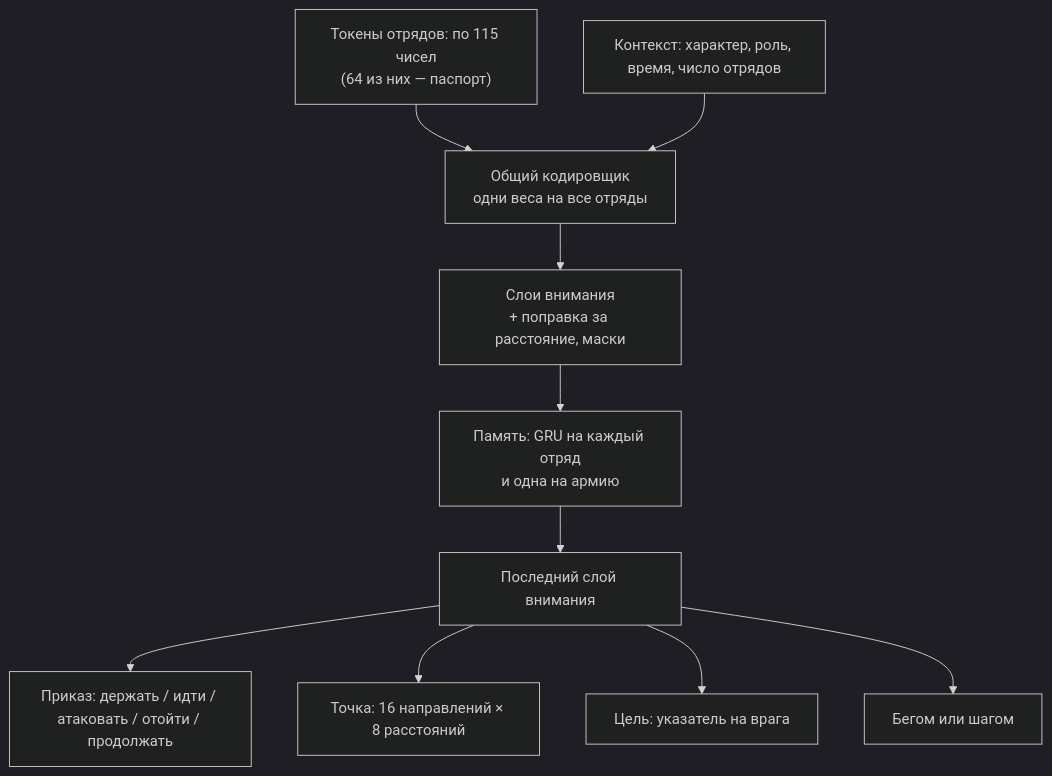
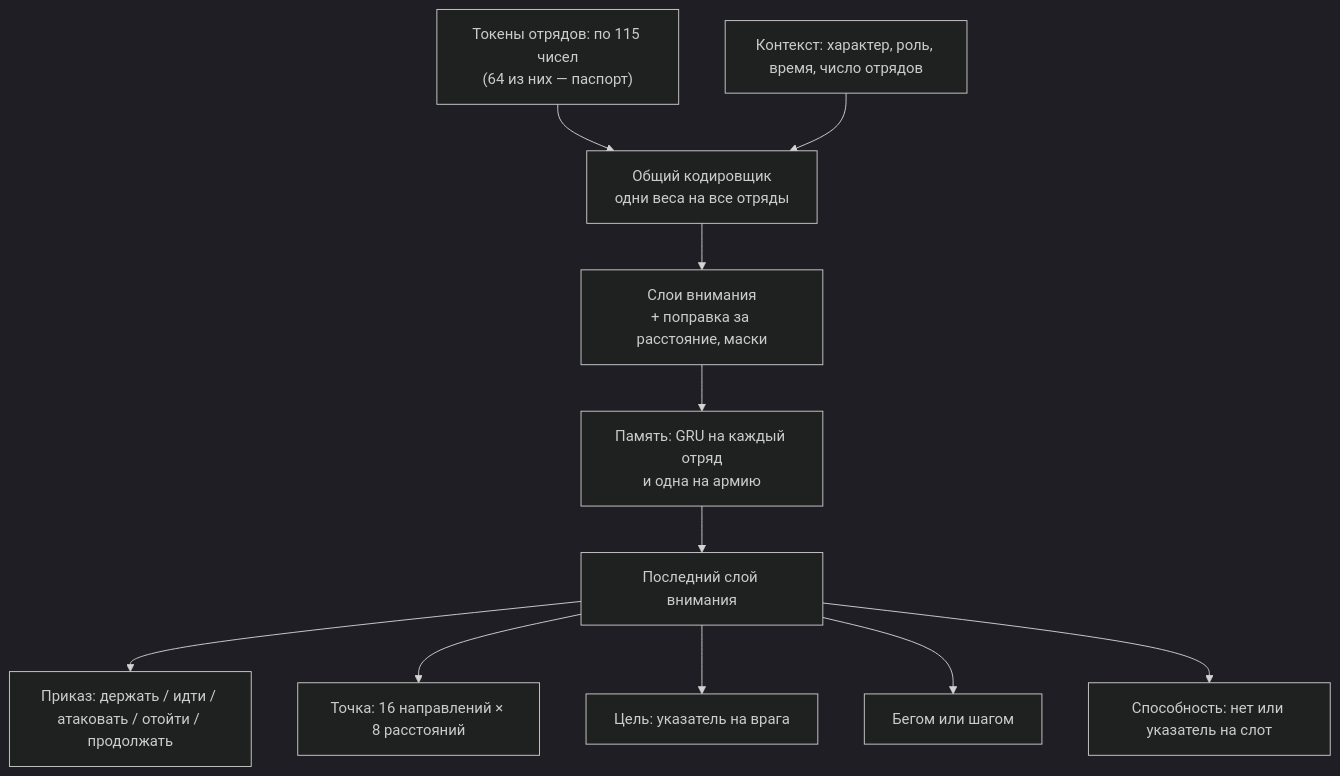
Before and after one commit to DimaZero7/TWW3-batle-ai: the second of 2 diagrams in docs/ru/training/model.md, drawn with Mermaid (dark theme). The commit also changed other lines of this file and 73 other files, not shown here.

````diff
--- a/docs/ru/training/model.md
+++ b/docs/ru/training/model.md
@@ -83,12 +110,13 @@
 ```mermaid
 flowchart TB
   tok["Токены отрядов: по 115 чисел<br/>(64 из них — паспорт)"] --> enc["Общий кодировщик<br/>одни веса на все отряды"]
   ctx["Контекст: характер, роль, время, число отрядов"] --> enc
   enc --> att["Слои внимания<br/>+ поправка за расстояние, маски"]
   att --> gru["Память: GRU на каждый отряд<br/>и одна на армию"]
   gru --> last["Последний слой внимания"]
   last --> kind["Приказ: держать / идти / атаковать / отойти / продолжать"]
   last --> point["Точка: 16 направлений × 8 расстояний"]
   last --> ptr["Цель: указатель на врага"]
   last --> run["Бегом или шагом"]
+  last --> abil["Способность: нет или указатель на слот"]
 ```
````
